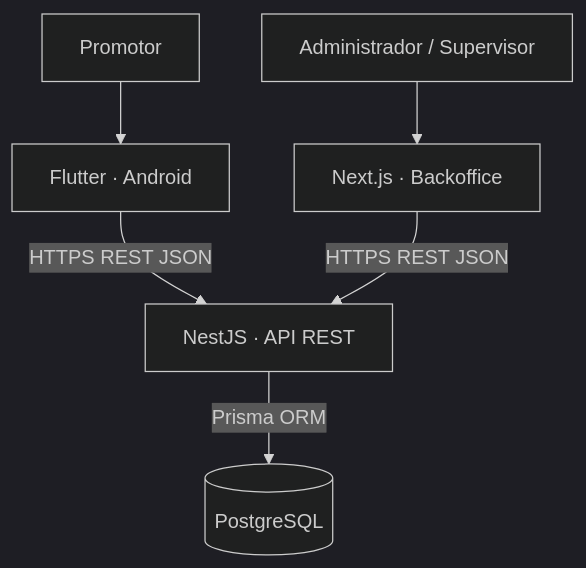
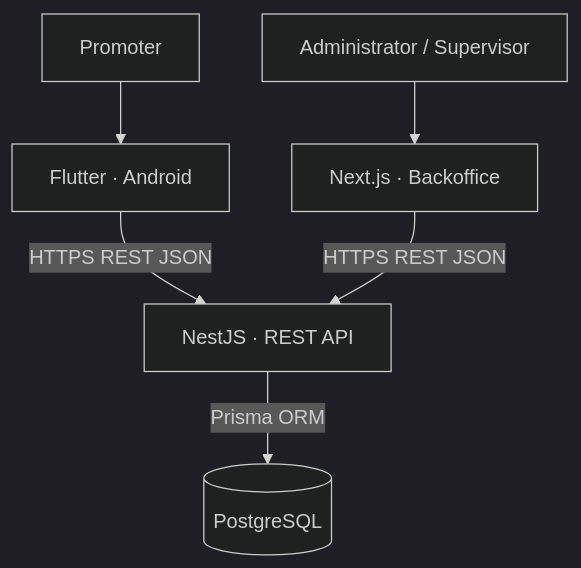
One commit to fvalverdeu/brand-promoter-docs changed the diagram in docs/architecture/architecture.md. Above: the diagram before and after it, drawn with Mermaid (dark theme). The commit also changed other lines of this file and 30 other files, not shown here.

````diff
--- a/docs/architecture/architecture.md
+++ b/docs/architecture/architecture.md
@@ -3,8 +2,8 @@
 ```mermaid
 flowchart TB
- P[Promotor] --> M[Flutter · Android]
- A[Administrador / Supervisor] --> W[Next.js · Backoffice]
- M -->|HTTPS REST JSON| API[NestJS · API REST]
+ P[Promoter] --> M[Flutter · Android]
+ A[Administrator / Supervisor] --> W[Next.js · Backoffice]
+ M -->|HTTPS REST JSON| API[NestJS · REST API]
  W -->|HTTPS REST JSON| API
  API -->|Prisma ORM| DB[(PostgreSQL)]
 ```
````
